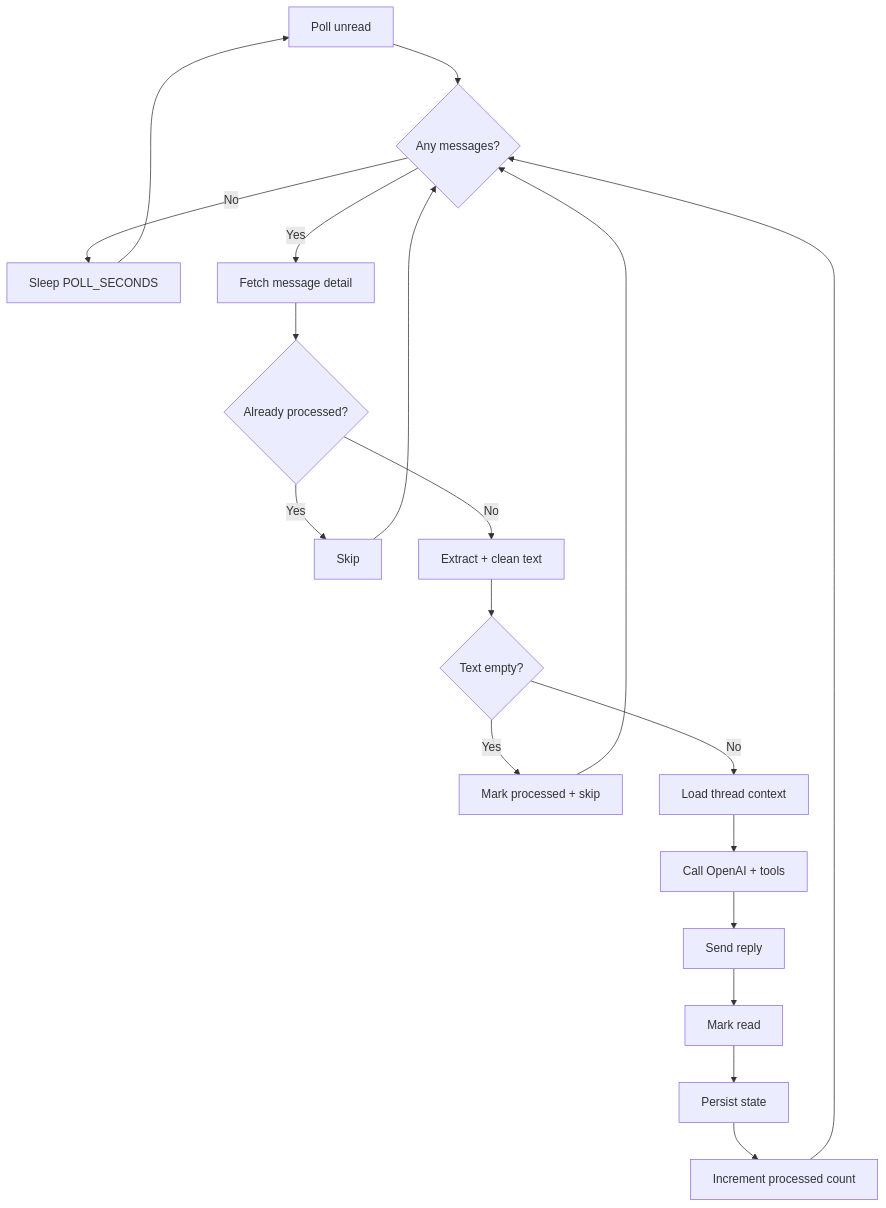
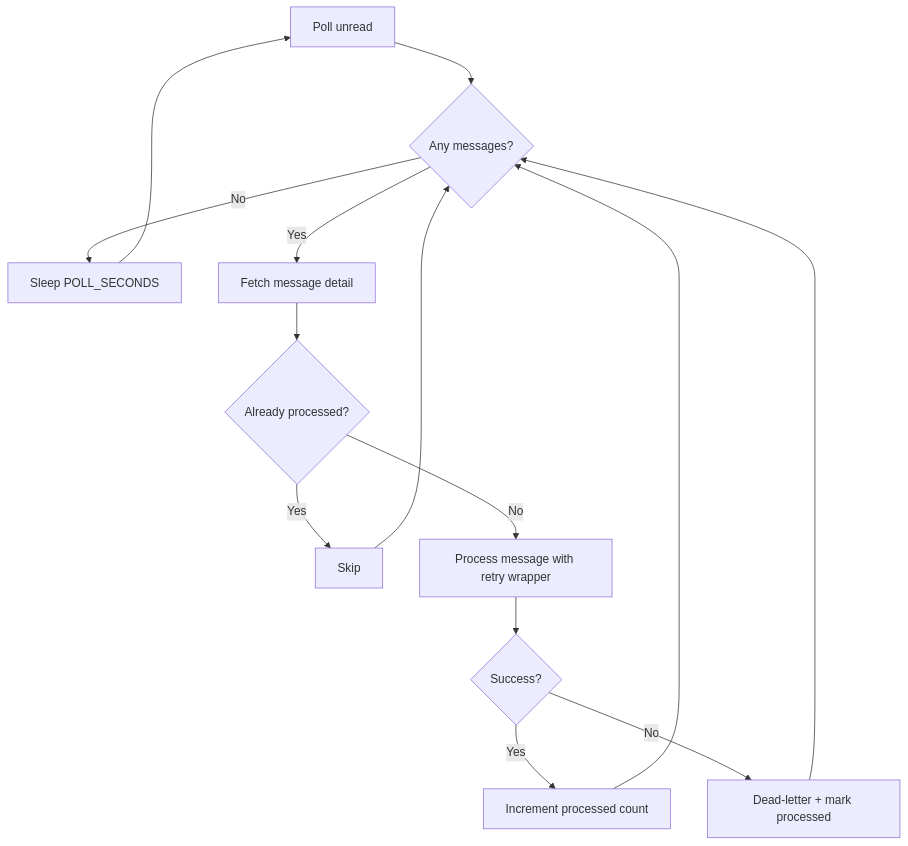
Before and after one commit to LunarMothStudios/Canna-Mailroom: the second of 3 diagrams in docs/runtime-and-pipeline.md, drawn with Mermaid. The commit also changed other lines of this file and 10 other files, not shown here.

Commit message:
feat: add retries, backoff, dead-letter queue, and requeue endpoint

````diff
--- a/docs/runtime-and-pipeline.md
+++ b/docs/runtime-and-pipeline.md
@@ -60,21 +61,16 @@
 ```mermaid
 flowchart TD
     A[Poll unread] --> B{Any messages?}
     B -- No --> Z[Sleep POLL_SECONDS]
     B -- Yes --> C[Fetch message detail]
     C --> D{Already processed?}
     D -- Yes --> N[Skip]
-    D -- No --> E[Extract + clean text]
-    E --> F{Text empty?}
-    F -- Yes --> M[Mark processed + skip]
-    F -- No --> G[Load thread context]
-    G --> H[Call OpenAI + tools]
-    H --> I[Send reply]
-    I --> J[Mark read]
-    J --> K[Persist state]
-    K --> L[Increment processed count]
+    D -- No --> E[Process message with retry wrapper]
+    E --> F{Success?}
+    F -- Yes --> G[Increment processed count]
+    F -- No --> H[Dead-letter + mark processed]
     N --> B
-    M --> B
-    L --> B
+    G --> B
+    H --> B
     Z --> A
 ```
````
